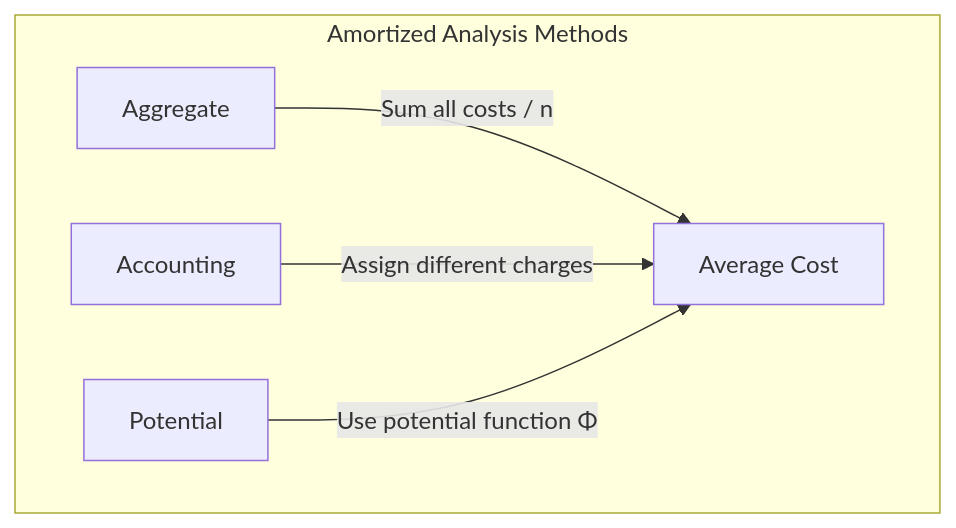
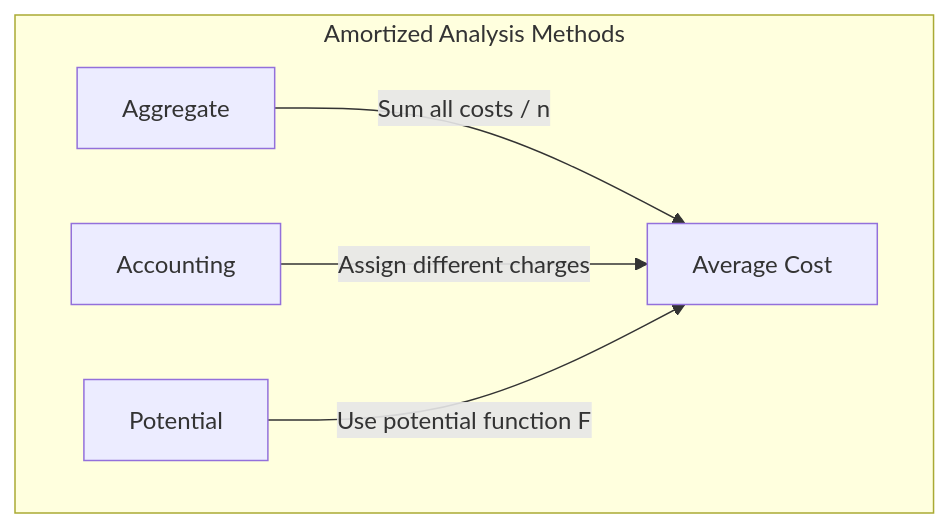
One commit to Raushan666java/ai-engineering-journey changed the third of 3 diagrams in docs/courses/ai-engineering-placement/03-data-structures-algorithms/01-time-and-space-complexity.md. Above: the diagram before and after it, drawn with Mermaid. The commit also changed other lines of this file and 12 other files, not shown here.

````diff
--- a/docs/courses/ai-engineering-placement/03-data-structures-algorithms/01-time-and-space-complexity.md
+++ b/docs/courses/ai-engineering-placement/03-data-structures-algorithms/01-time-and-space-complexity.md
@@ -454,8 +459,8 @@
 ```mermaid
 flowchart TD
     subgraph "Amortized Analysis Methods"
         A[Aggregate] -->|"Sum all costs / n"| D[Average Cost]
         B[Accounting] -->|"Assign different charges"| D
-        C[Potential] -->|"Use potential function Φ"| D
+        C[Potential] -->|"Use potential function F"| D
     end
 ```
````
